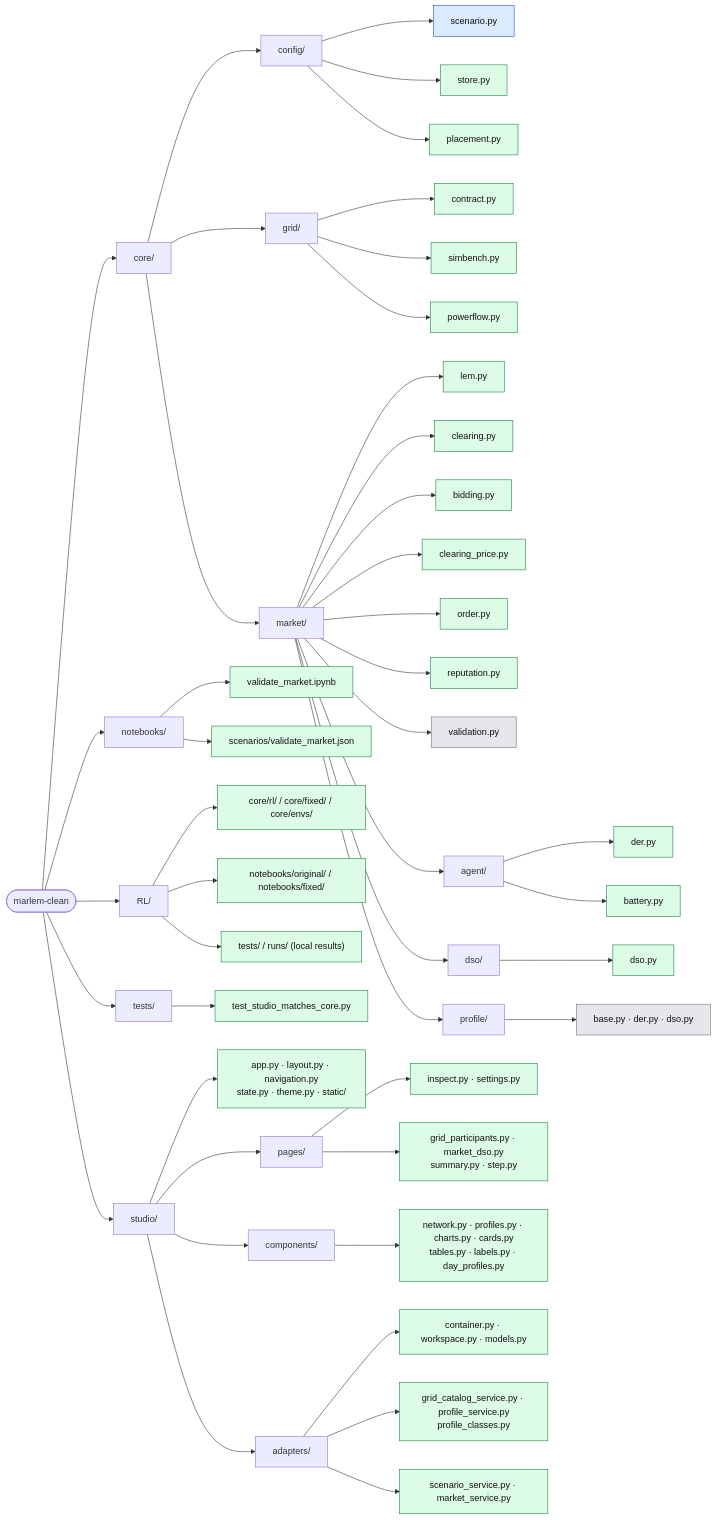
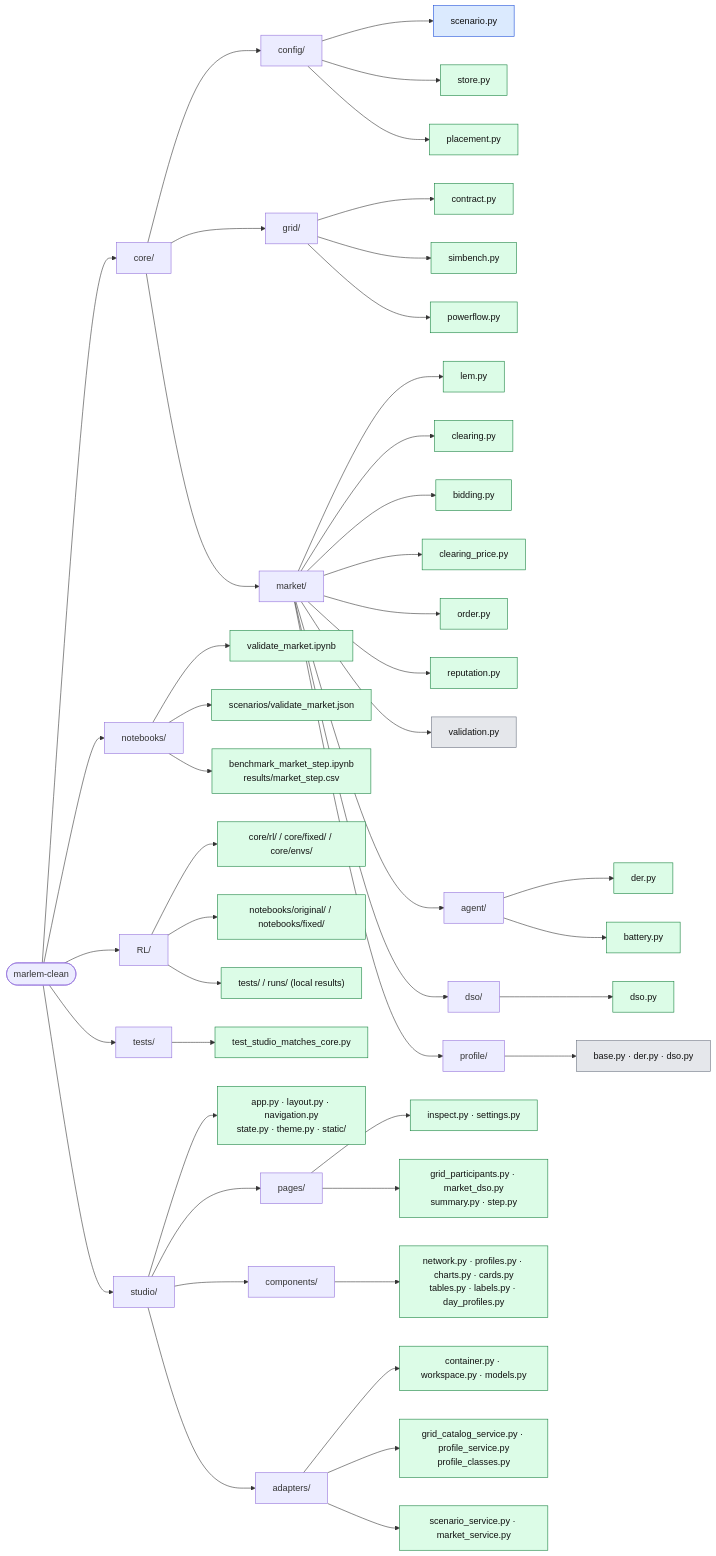
One commit to KevinRapo/P2P-thesis changed the diagram in docs/structure.md. Above: the diagram before and after it, drawn with Mermaid. The commit also changed other lines of this file and 5 other files, not shown here.

First line of the commit message:
Benchmark the market step and the RL layer at market size

````diff
--- a/docs/structure.md
+++ b/docs/structure.md
@@ -15,61 +15,62 @@
 ```mermaid
 flowchart LR
   root(["marlem-clean"])
 
   root --> core["core/"]
 
   core --> config["config/"]
   config --> c1["scenario.py"]:::data
   config --> c2["store.py"]:::done
   config --> c3["placement.py"]:::done
 
   core --> grid["grid/"]
   grid --> g1["contract.py"]:::done
   grid --> g2["simbench.py"]:::done
   grid --> g3["powerflow.py"]:::done
 
   core --> market["market/"]
   market --> m1["lem.py"]:::done
   market --> m7["clearing.py"]:::done
   market --> m8["bidding.py"]:::done
   market --> m4["clearing_price.py"]:::done
   market --> m2["order.py"]:::done
   market --> m5["reputation.py"]:::done
   market --> m6["validation.py"]:::orig
   market --> agent["agent/"]
   agent --> a1["der.py"]:::done
   agent --> a2["battery.py"]:::done
   market --> dso["dso/"]
   dso --> d1["dso.py"]:::done
   market --> profile["profile/"]
   profile --> p1["base.py · der.py · dso.py"]:::orig
 
   root --> notebooks["notebooks/"]
   notebooks --> n1["validate_market.ipynb"]:::done
   notebooks --> n2["scenarios/validate_market.json"]:::done
+  notebooks --> n3["benchmark_market_step.ipynb<br/>results/market_step.csv"]:::done
 
   root --> rl["RL/"]
   rl --> rc["core/rl/ / core/fixed/ / core/envs/"]:::done
   rl --> rn["notebooks/original/ / notebooks/fixed/"]:::done
   rl --> rt["tests/ / runs/ (local results)"]:::done
 
   root --> tests["tests/"]
   tests --> x1["test_studio_matches_core.py"]:::done
 
   root --> studio["studio/"]
   studio --> t1["app.py · layout.py · navigation.py<br/>state.py · theme.py · static/"]:::done
   studio --> pages["pages/"]
   pages --> pg1["inspect.py · settings.py"]:::done
   pages --> pg2["grid_participants.py · market_dso.py<br/>summary.py · step.py"]:::done
   studio --> comps["components/"]
   comps --> k1["network.py · profiles.py · charts.py · cards.py<br/>tables.py · labels.py · day_profiles.py"]:::done
   studio --> adapters["adapters/"]
   adapters --> v1["container.py · workspace.py · models.py"]:::done
   adapters --> v2["grid_catalog_service.py · profile_service.py<br/>profile_classes.py"]:::done
   adapters --> v3["scenario_service.py · market_service.py"]:::done
 
   classDef done fill:#dcfce7,stroke:#15803d,color:#111
   classDef data fill:#dbeafe,stroke:#1d4ed8,color:#111
   classDef stub fill:#fef3c7,stroke:#b45309,color:#111
   classDef orig fill:#e5e7eb,stroke:#6b7280,color:#111
 ```
````
